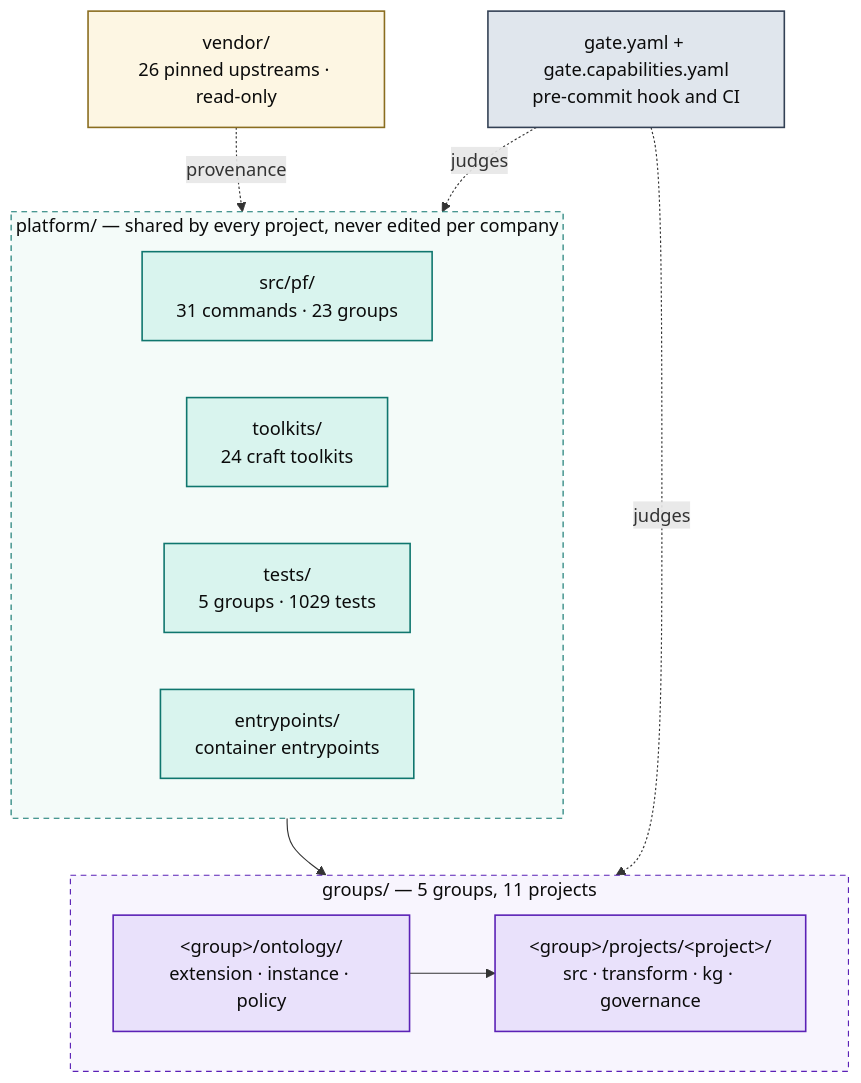
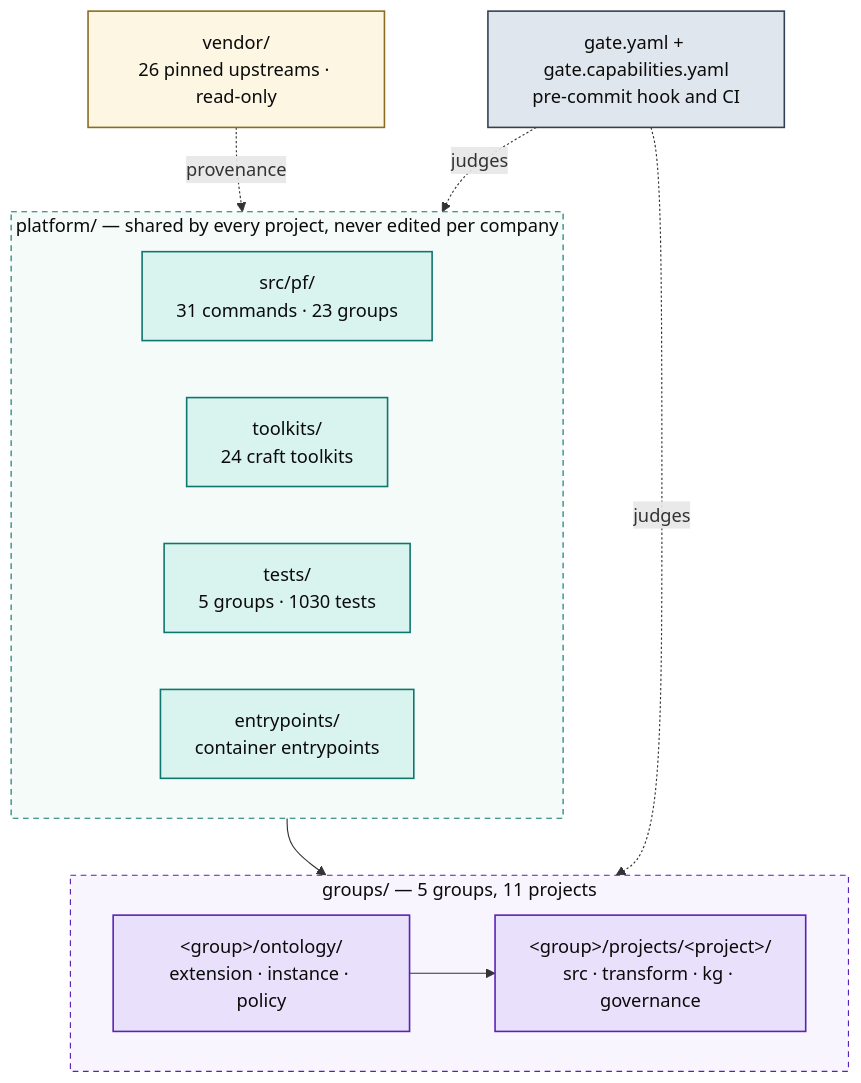
The first of 5 diagrams in docs/ARCHITECTURE.md (Atomz-org/data-platform), drawn with Mermaid before and after one commit. The commit also changed other lines of this file and 3 other files, not shown here.

````diff
--- a/docs/ARCHITECTURE.md
+++ b/docs/ARCHITECTURE.md
@@ -15,36 +15,36 @@
 ```mermaid
 flowchart TB
   subgraph SHARED["platform/ — shared by every project, never edited per company"]
     direction LR
     ENG["src/pf/<br/>31 commands · 23 groups"]
     TK["toolkits/<br/>24 craft toolkits"]
-    TST["tests/<br/>5 groups · 1029 tests"]
+    TST["tests/<br/>5 groups · 1030 tests"]
     ENT["entrypoints/<br/>container entrypoints"]
   end
 
   subgraph ENTITIES["groups/ — 5 groups, 11 projects"]
     direction LR
     GRP["&lt;group&gt;/ontology/<br/>extension · instance · policy"]
     PRJ["&lt;group&gt;/projects/&lt;project&gt;/<br/>src · transform · kg · governance"]
     GRP --> PRJ
   end
 
   VEN["vendor/<br/>26 pinned upstreams · read-only"]
   GATE["gate.yaml + gate.capabilities.yaml<br/>pre-commit hook and CI"]
 
   SHARED --> ENTITIES
   VEN -.provenance.-> SHARED
   GATE -.judges.-> ENTITIES
   GATE -.judges.-> SHARED
 
   classDef code fill:#d9f4ee,stroke:#0f766e,stroke-width:1.4px,color:#0b0b0b
   classDef data fill:#e9e1fb,stroke:#5b21b6,stroke-width:1.4px,color:#0b0b0b
   classDef gov fill:#e0e6ed,stroke:#334155,stroke-width:1.4px,color:#0b0b0b
   classDef ext fill:#fdf6e3,stroke:#8a6d1f,stroke-width:1.4px,color:#0b0b0b
   class ENG,TK,TST,ENT code
   class GRP,PRJ data
   class GATE gov
   class VEN ext
   style SHARED fill:#f4fbf9,stroke:#0f766e,stroke-dasharray:5 4,color:#0b0b0b
   style ENTITIES fill:#f8f5fe,stroke:#5b21b6,stroke-dasharray:5 4,color:#0b0b0b
 ```
````
